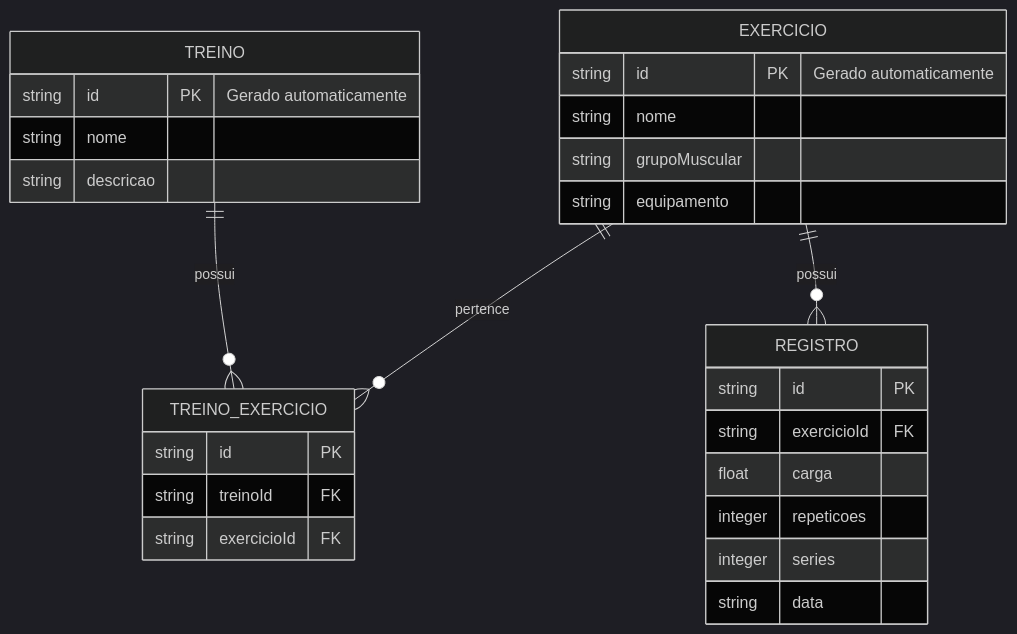
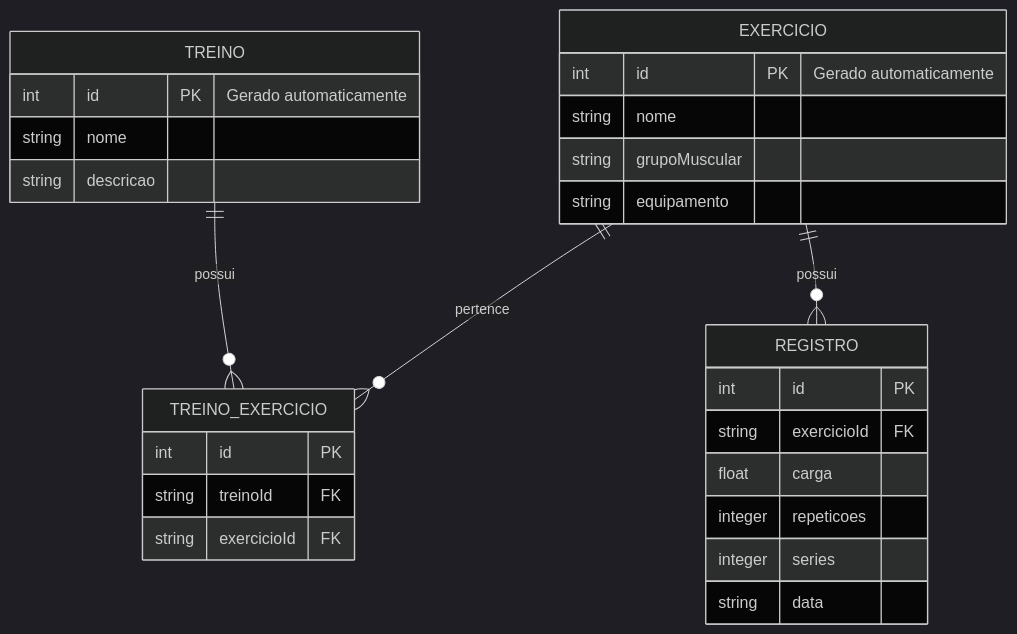
Before and after one commit to leonardo-lopes-dz/projeto-grip: the diagram in docs/architecture.md, drawn with Mermaid (dark theme).

````diff
--- a/docs/architecture.md
+++ b/docs/architecture.md
@@ -9,34 +9,34 @@
 ```mermaid
 erDiagram
     TREINO ||--o{ TREINO_EXERCICIO : "possui"
     EXERCICIO ||--o{ TREINO_EXERCICIO : "pertence"
     EXERCICIO ||--o{ REGISTRO : "possui"
 
     TREINO {
-        string id PK "Gerado automaticamente"
+        int id PK "Gerado automaticamente"
         string nome
         string descricao
     }
 
     EXERCICIO {
-        string id PK "Gerado automaticamente"
+        int id PK "Gerado automaticamente"
         string nome
         string grupoMuscular
         string equipamento
     }
 
     TREINO_EXERCICIO {
-        string id PK
+        int id PK
         string treinoId FK
         string exercicioId FK
     }
 
     REGISTRO {
-        string id PK
+        int id PK
         string exercicioId FK
         float carga
         integer repeticoes
         integer series
         string data
     }
 ```
````
